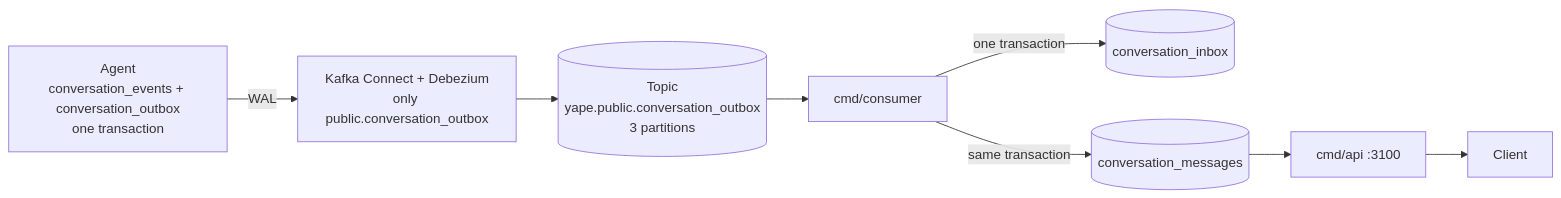
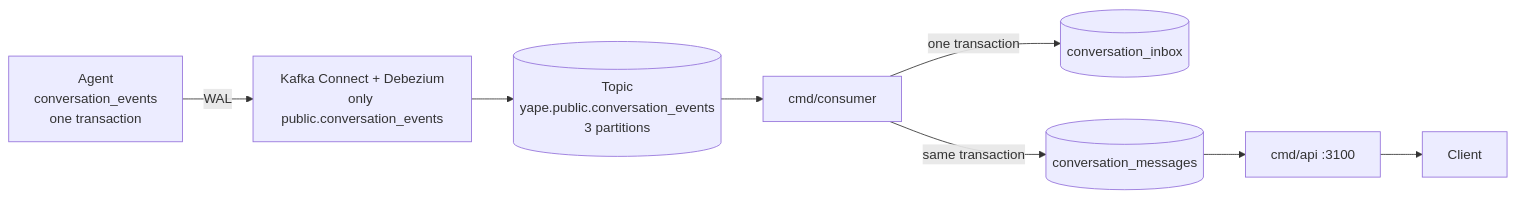
One commit to m-almeida-p/ms-ml-conv-history-bs changed the diagram in README.md. Above: the diagram before and after it, drawn with Mermaid. The commit also changed other lines of this file and 4 other files, not shown here.

````diff
--- a/README.md
+++ b/README.md
@@ -10,10 +10,10 @@
 ```mermaid
 flowchart LR
-    A["Agent<br/>conversation_events + conversation_outbox<br/>one transaction"] -->|"WAL"| D["Kafka Connect + Debezium<br/>only public.conversation_outbox"]
-    D --> K[("Topic<br/>yape.public.conversation_outbox<br/>3 partitions")]
+    A["Agent<br/>conversation_events<br/>one transaction"] -->|"WAL"| D["Kafka Connect + Debezium<br/>only public.conversation_events"]
+    D --> K[("Topic<br/>yape.public.conversation_events<br/>3 partitions")]
     K --> C["cmd/consumer"]
     C -->|"one transaction"| I[("conversation_inbox")]
     C -->|"same transaction"| M[("conversation_messages")]
     M --> H["cmd/api :3100"]
     H --> U["Client"]
 ```
````
